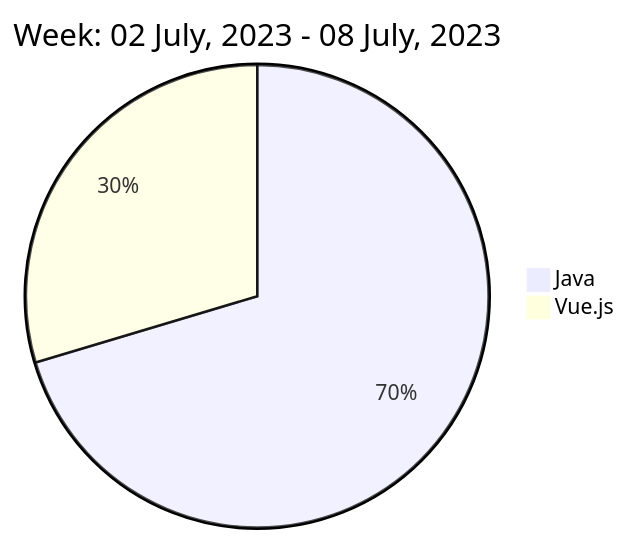
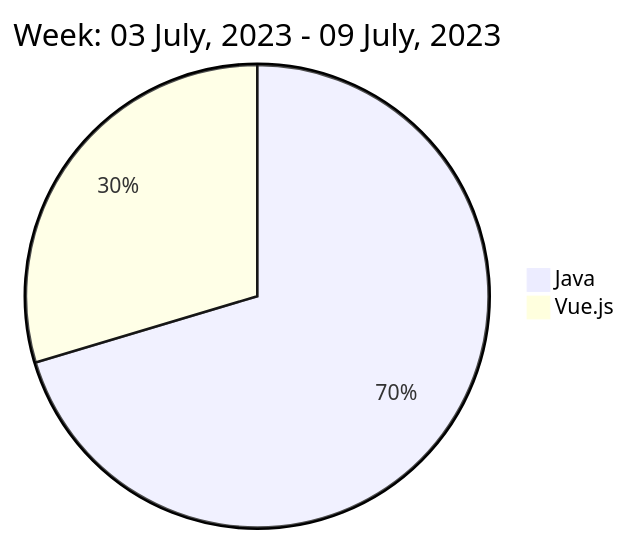
The diagram in README.md (liubin95/liubin95), drawn with Mermaid before and after one commit.

Commit message:
Updated the Graph with new Metrics

````diff
--- a/README.md
+++ b/README.md
@@ -40,6 +40,6 @@
 ```mermaid
  pie
-title Week: 02 July, 2023 - 08 July, 2023
+title Week: 03 July, 2023 - 09 July, 2023
  "Java" : 5.75
  "Vue.js" : 2.42
 ```
````
